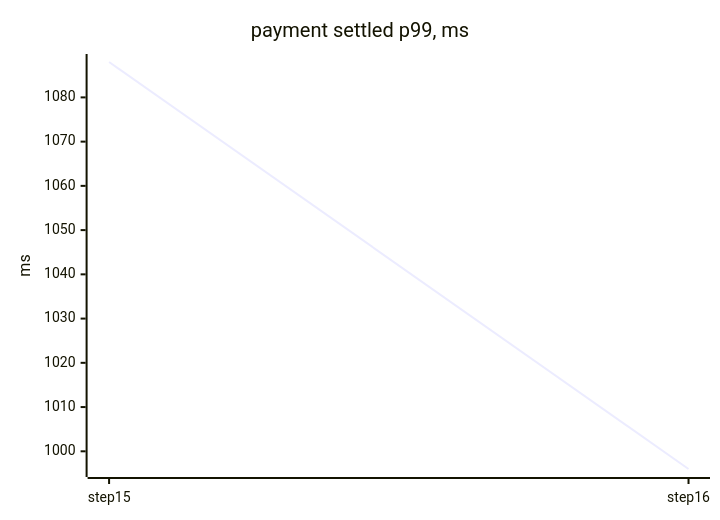
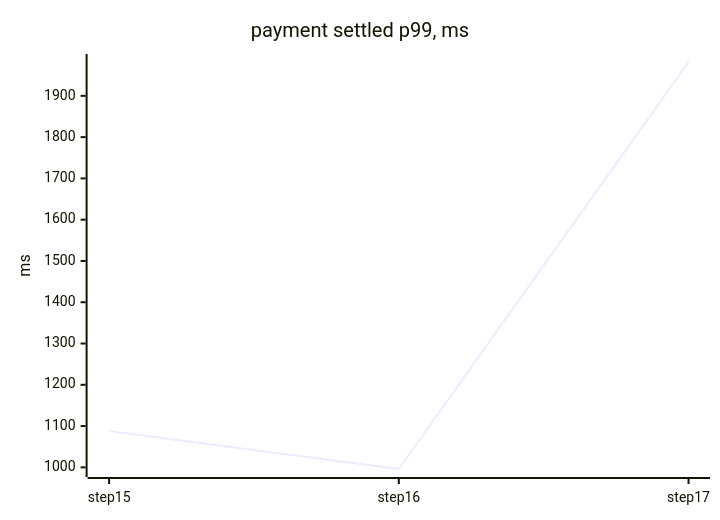
Before and after one commit to tanvoid0/ledgerflow: the fourth of 4 diagrams in docs/perf/README.md, drawn with Mermaid. The commit also changed other lines of this file and 7 other files, not shown here.

````diff
--- a/docs/perf/README.md
+++ b/docs/perf/README.md
@@ -84,7 +87,7 @@
 ```mermaid
 xychart-beta
     title "payment settled p99, ms"
-    x-axis ["step15", "step16"]
+    x-axis ["step15", "step16", "step17"]
     y-axis "ms"
-    line [1088, 996]
+    line [1088, 996, 1982]
 ```
````
